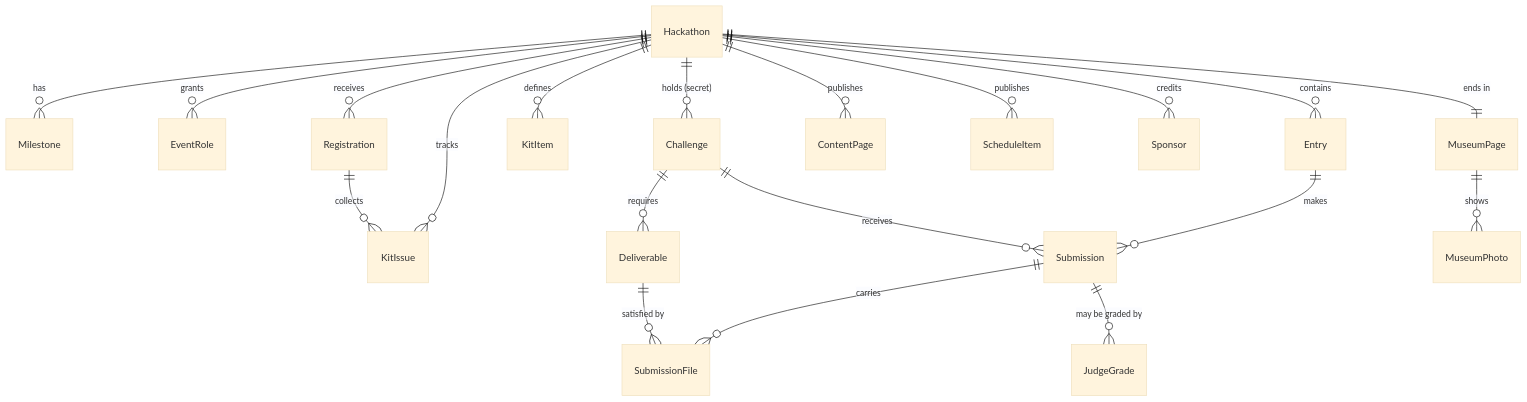
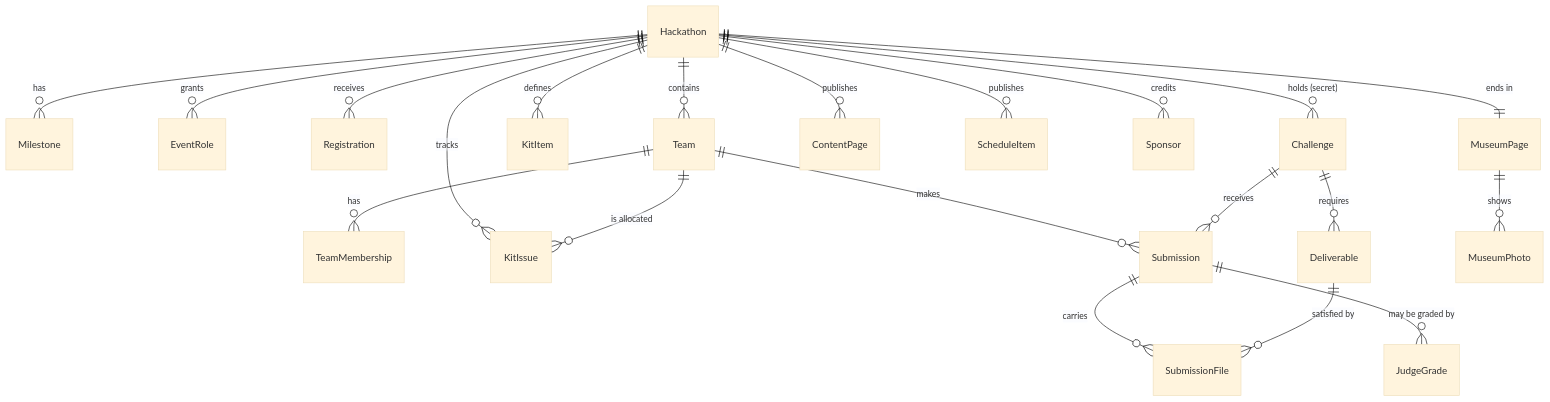
One commit to avisalmon/Render changed the first of 2 diagrams in docs/crashtech/data_model.md. Above: the diagram before and after it, drawn with Mermaid (base theme). The commit also changed other lines of this file and 1 other file, not shown here.

````diff
--- a/docs/crashtech/data_model.md
+++ b/docs/crashtech/data_model.md
@@ -20,24 +20,25 @@
 ```mermaid
 erDiagram
     Hackathon ||--o{ Milestone : "has"
     Hackathon ||--o{ EventRole : "grants"
     Hackathon ||--o{ Registration : "receives"
-    Hackathon ||--o{ Entry : "contains"
+    Hackathon ||--o{ Team : "contains"
+    Team ||--o{ TeamMembership : "has"
     Hackathon ||--o{ KitItem : "defines"
     Hackathon ||--o{ KitIssue : "tracks"
-    Registration ||--o{ KitIssue : "collects"
     Hackathon ||--o{ Challenge : "holds (secret)"
     Hackathon ||--o{ ContentPage : "publishes"
     Hackathon ||--o{ ScheduleItem : "publishes"
     Hackathon ||--o{ Sponsor : "credits"
     Hackathon ||--|| MuseumPage : "ends in"
 
-    Entry ||--o{ Submission : "makes"
+    Team ||--o{ Submission : "makes"
+    Team ||--o{ KitIssue : "is allocated"
     Challenge ||--o{ Deliverable : "requires"
     Challenge ||--o{ Submission : "receives"
     Submission ||--o{ SubmissionFile : "carries"
     Submission ||--o{ JudgeGrade : "may be graded by"
     Deliverable ||--o{ SubmissionFile : "satisfied by"
 
     MuseumPage ||--o{ MuseumPhoto : "shows"
 ```
````
